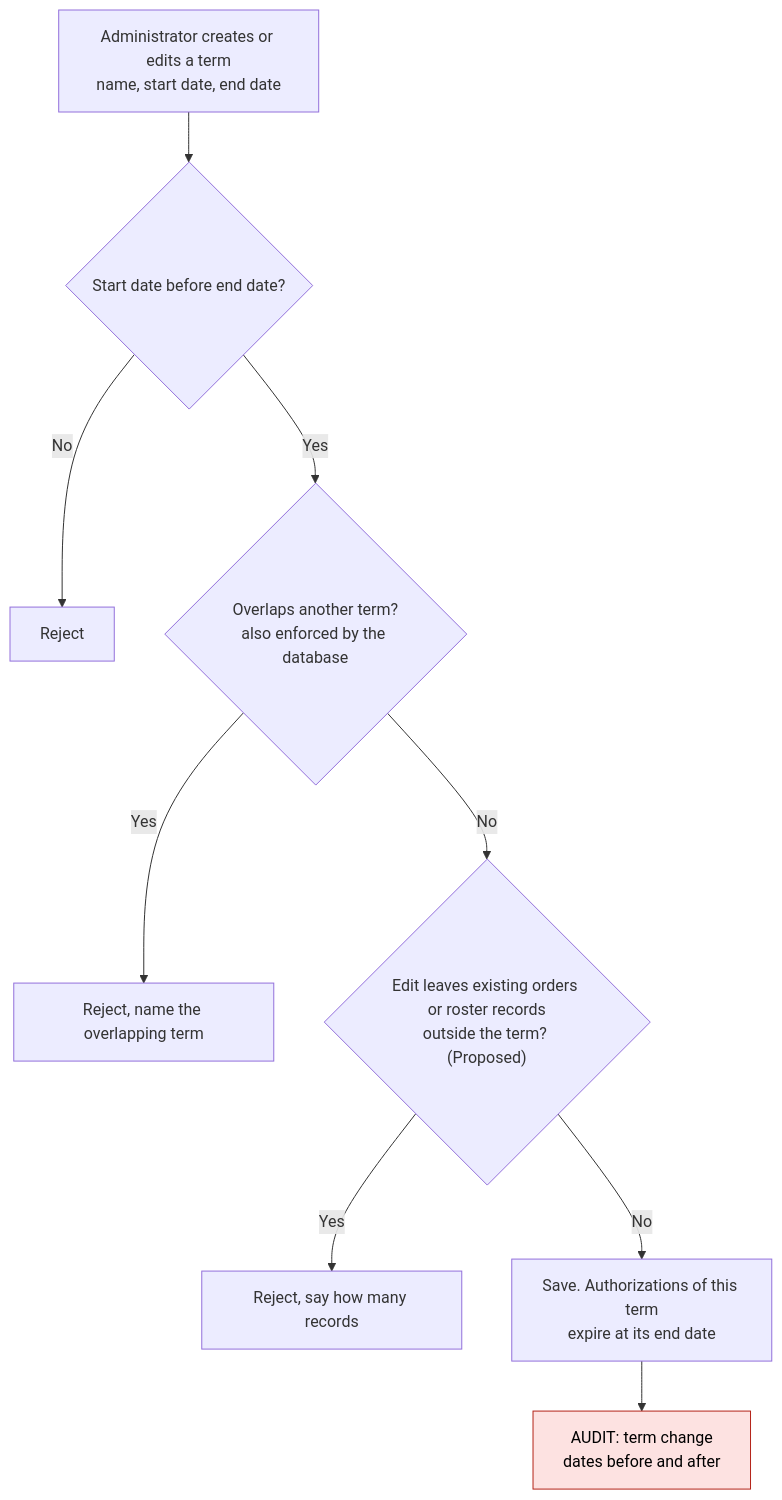
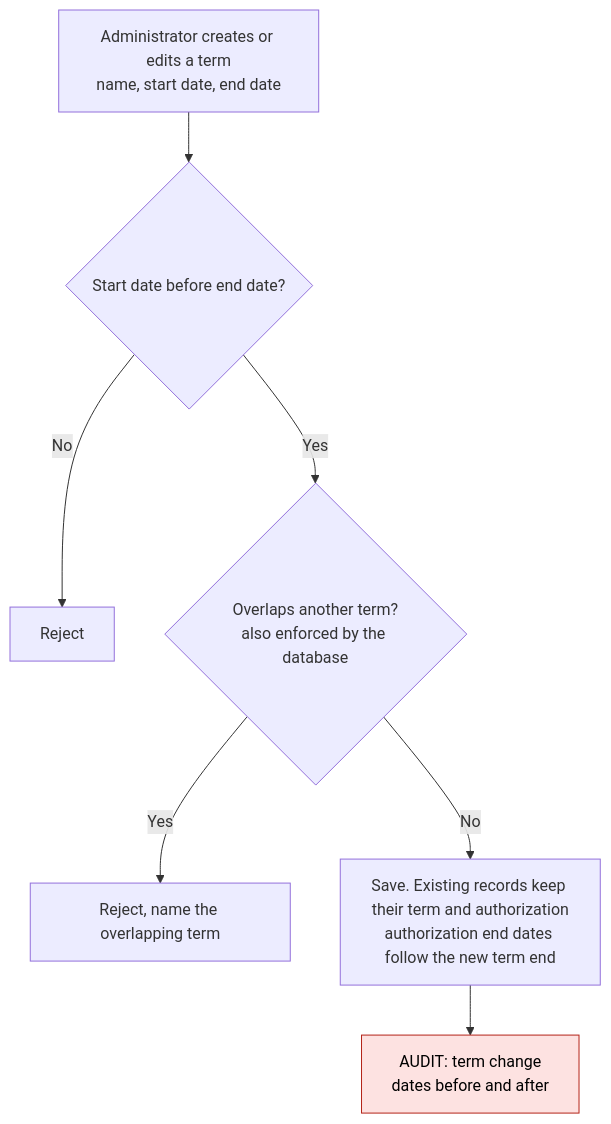
Before and after one commit to Th3-Minorities/natatorio-gym-app: the eighth of 17 diagrams in docs/design/admin-flows.md, drawn with Mermaid. The commit also changed other lines of this file, not shown here.

Commit message:
Apply the design review decisions to the administration flows

````diff
--- a/docs/design/admin-flows.md
+++ b/docs/design/admin-flows.md
@@ -244,14 +269,12 @@
 ```mermaid
 flowchart TD
   T1["Administrator creates or edits a term<br/>name, start date, end date"] --> T2{"Start date before end date?"}
   T2 -->|"No"| T3["Reject"]
   T2 -->|"Yes"| T4{"Overlaps another term?<br/>also enforced by the database"}
   T4 -->|"Yes"| T5["Reject, name the overlapping term"]
-  T4 -->|"No"| T6{"Edit leaves existing orders or roster records<br/>outside the term? (Proposed)"}
-  T6 -->|"Yes"| T7["Reject, say how many records"]
-  T6 -->|"No"| T8["Save. Authorizations of this term<br/>expire at its end date"]
+  T4 -->|"No"| T8["Save. Existing records keep their term and authorization<br/>authorization end dates follow the new term end"]
   T8 --> T9["AUDIT: term change<br/>dates before and after"]
 
   classDef audit fill:#fde2e1,stroke:#b42318,color:#000
   class T9 audit
 ```
````
